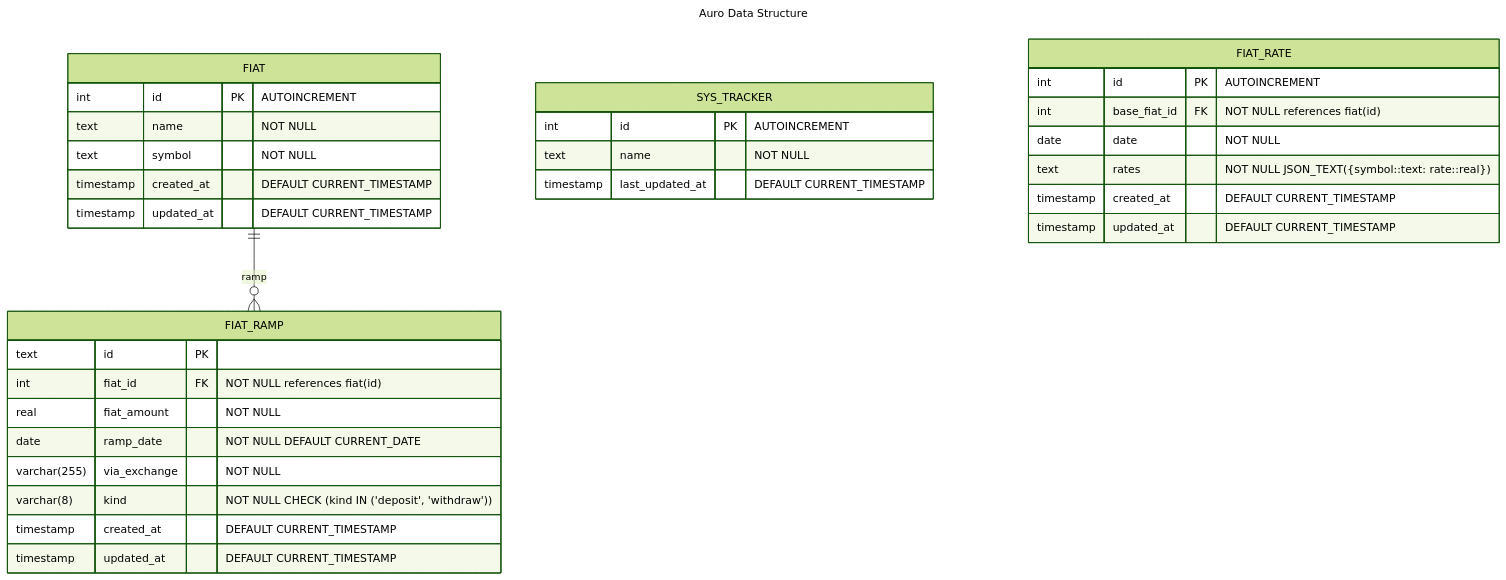
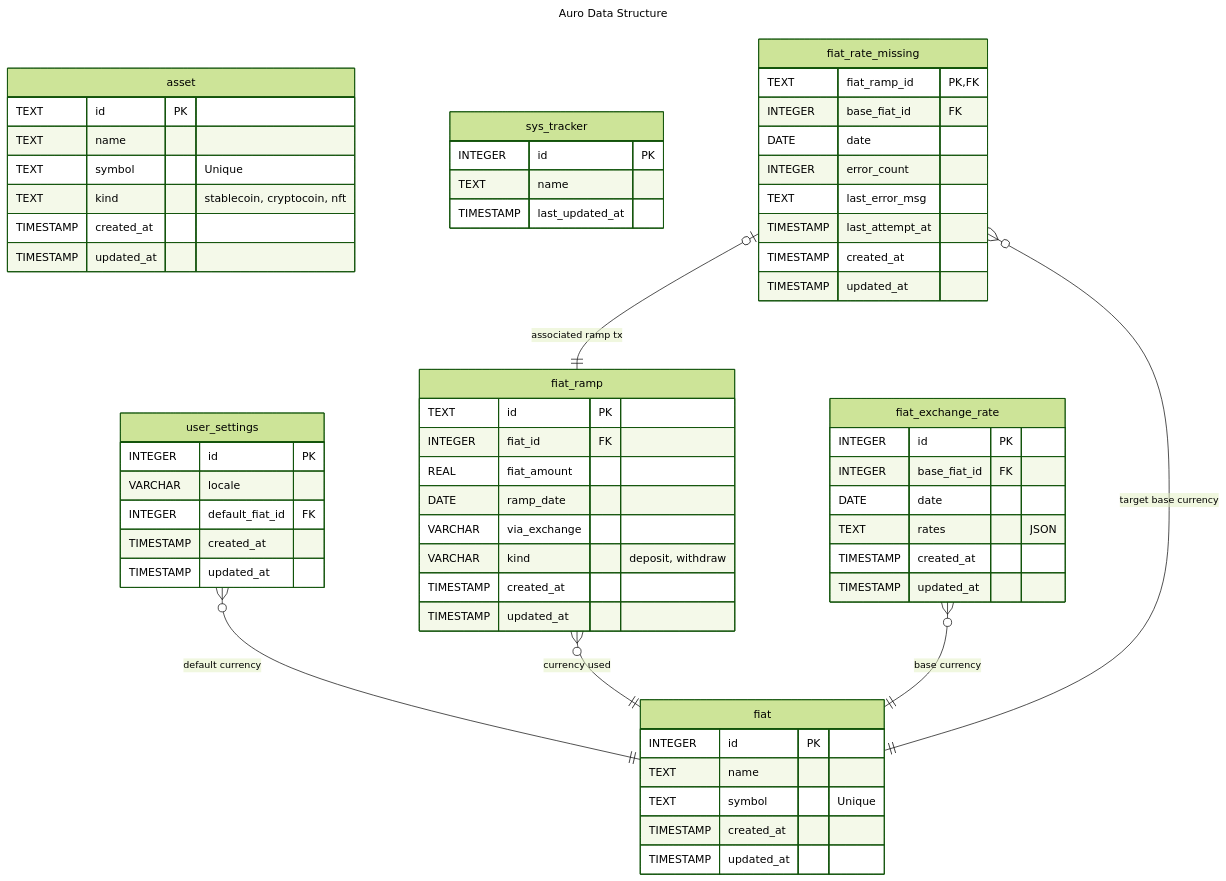
One commit to darwinsubramaniam/aura changed the diagram in docs/data-structure.mmd. Above: the diagram before and after it, drawn with Mermaid (forest theme). The commit also changed 7 other files, not shown here.

Commit message:
docs: add crypto accounting architecture and diagrams

```diff
--- a/docs/data-structure.mmd
+++ b/docs/data-structure.mmd
@@ -1,38 +1,80 @@
 ---
 title: Auro Data Structure
 ---
 erDiagram
-    FIAT {
-        int id PK "AUTOINCREMENT"
-        text name "NOT NULL"
-        text symbol "NOT NULL" 
-        timestamp created_at "DEFAULT CURRENT_TIMESTAMP"
-        timestamp updated_at "DEFAULT CURRENT_TIMESTAMP"
-    }
-    FIAT_RAMP{
-        text id PK
-        int fiat_id FK "NOT NULL references fiat(id)"
-        real fiat_amount "NOT NULL"
-        date ramp_date "NOT NULL DEFAULT CURRENT_DATE"
-        varchar(255) via_exchange "NOT NULL"
-        varchar(8) kind " NOT NULL CHECK (kind IN ('deposit', 'withdraw')) " 
-        timestamp created_at "DEFAULT CURRENT_TIMESTAMP"
-        timestamp updated_at "DEFAULT CURRENT_TIMESTAMP"
+    %% Core Reference Tables
+    asset {
+        TEXT id PK
+        TEXT name
+        TEXT symbol "Unique"
+        TEXT kind "stablecoin, cryptocoin, nft"
+        TIMESTAMP created_at
+        TIMESTAMP updated_at
     }
 
-    FIAT ||--o{ FIAT_RAMP : ramp
-
-    SYS_TRACKER {
-        int id PK "AUTOINCREMENT"
-        text name "NOT NULL"
-        timestamp last_updated_at "DEFAULT CURRENT_TIMESTAMP"
+    fiat {
+        INTEGER id PK
+        TEXT name
+        TEXT symbol "Unique"
+        TIMESTAMP created_at
+        TIMESTAMP updated_at
     }
 
-    FIAT_RATE{
-        int id PK "AUTOINCREMENT"
-        int base_fiat_id FK "NOT NULL references fiat(id)"
-        date date "NOT NULL"
-        text rates "NOT NULL JSON_TEXT({symbol::text: rate::real})"
-        timestamp created_at "DEFAULT CURRENT_TIMESTAMP"
-        timestamp updated_at "DEFAULT CURRENT_TIMESTAMP"
+    sys_tracker {
+        INTEGER id PK
+        TEXT name
+        TIMESTAMP last_updated_at
     }
+
+    %% User Configuration
+    user_settings {
+        INTEGER id PK
+        VARCHAR locale
+        INTEGER default_fiat_id FK
+        TIMESTAMP created_at
+        TIMESTAMP updated_at
+    }
+
+    %% Fiat On/Off Ramp Tracking
+    fiat_ramp {
+        TEXT id PK
+        INTEGER fiat_id FK
+        REAL fiat_amount
+        DATE ramp_date
+        VARCHAR via_exchange
+        VARCHAR kind "deposit, withdraw"
+        TIMESTAMP created_at
+        TIMESTAMP updated_at
+    }
+
+    %% Exchange Rates Data
+    fiat_exchange_rate {
+        INTEGER id PK
+        INTEGER base_fiat_id FK
+        DATE date
+        TEXT rates "JSON"
+        TIMESTAMP created_at
+        TIMESTAMP updated_at
+    }
+
+    %% Error Tracking for Missing Rates
+    fiat_rate_missing {
+        TEXT fiat_ramp_id PK, FK
+        INTEGER base_fiat_id FK
+        DATE date
+        INTEGER error_count
+        TEXT last_error_msg
+        TIMESTAMP last_attempt_at
+        TIMESTAMP created_at
+        TIMESTAMP updated_at
+    }
+
+    %% Relationships
+    user_settings }o--|| fiat : "default currency"
+    
+    fiat_ramp }o--|| fiat : "currency used"
+    
+    fiat_exchange_rate }o--|| fiat : "base currency"
+    
+    fiat_rate_missing |o--|| fiat_ramp : "associated ramp tx"
+    fiat_rate_missing }o--|| fiat : "target base currency"
```
